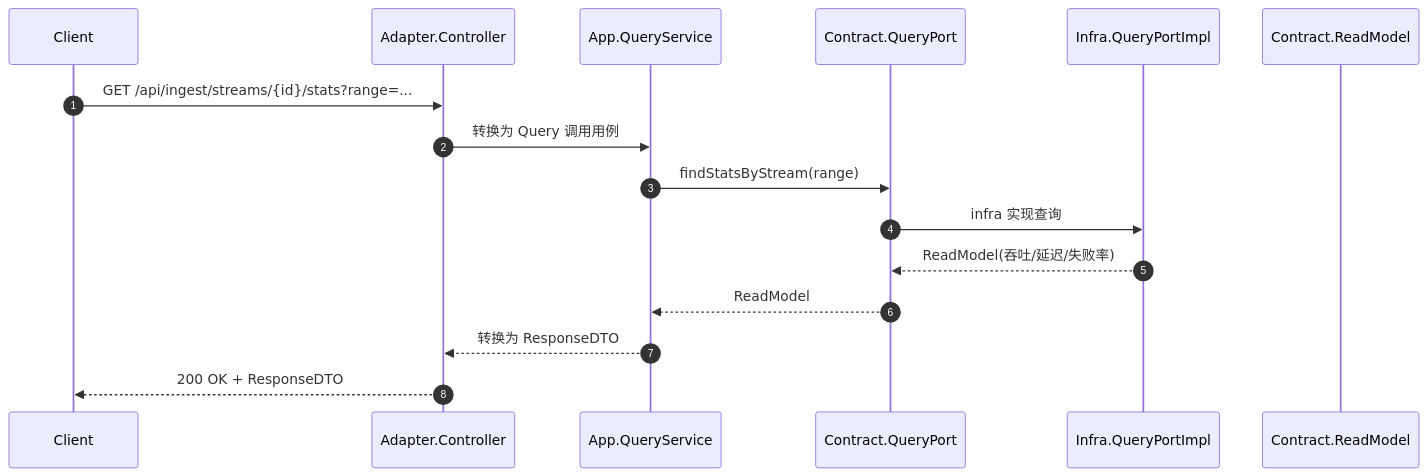
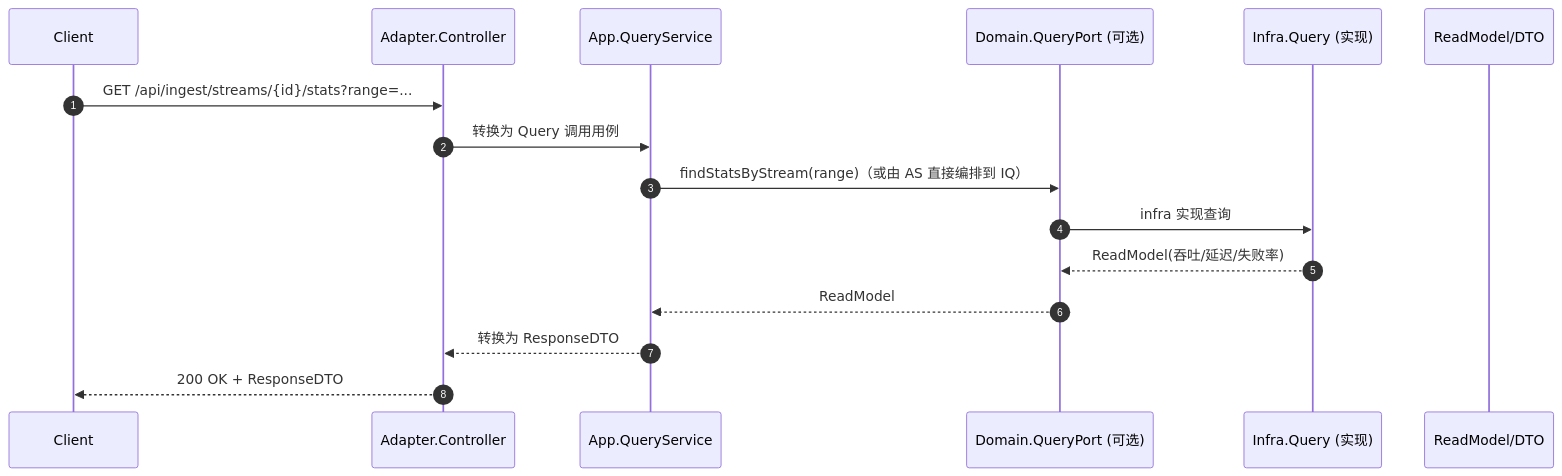
The third of 4 diagrams in patra-api/patra-ingest/readme.md (linqibin0826/patra), drawn with Mermaid before and after one commit. The commit also changed other lines of this file and 71 other files, not shown here.

````diff
--- a/patra-api/patra-ingest/readme.md
+++ b/patra-api/patra-ingest/readme.md
@@ -301,19 +272,19 @@
 ```mermaid
 sequenceDiagram
   autonumber
   participant C as Client
   participant AC as Adapter.Controller
   participant AS as App.QueryService
-  participant QP as Contract.QueryPort
-  participant IQ as Infra.QueryPortImpl
-  participant V as Contract.ReadModel
+  participant DM as Domain.QueryPort (可选)
+  participant IQ as Infra.Query (实现)
+  participant V as ReadModel/DTO
 
   C->>AC: GET /api/ingest/streams/{id}/stats?range=...
   AC->>AS: 转换为 Query 调用用例
-  AS->>QP: findStatsByStream(range)
-  QP->>IQ: infra 实现查询
-  IQ-->>QP: ReadModel(吞吐/延迟/失败率)
-  QP-->>AS: ReadModel
+  AS->>DM: findStatsByStream(range)（或由 AS 直接编排到 IQ）
+  DM->>IQ: infra 实现查询
+  IQ-->>DM: ReadModel(吞吐/延迟/失败率)
+  DM-->>AS: ReadModel
   AS-->>AC: 转换为 ResponseDTO
   AC-->>C: 200 OK + ResponseDTO
 ```
````
